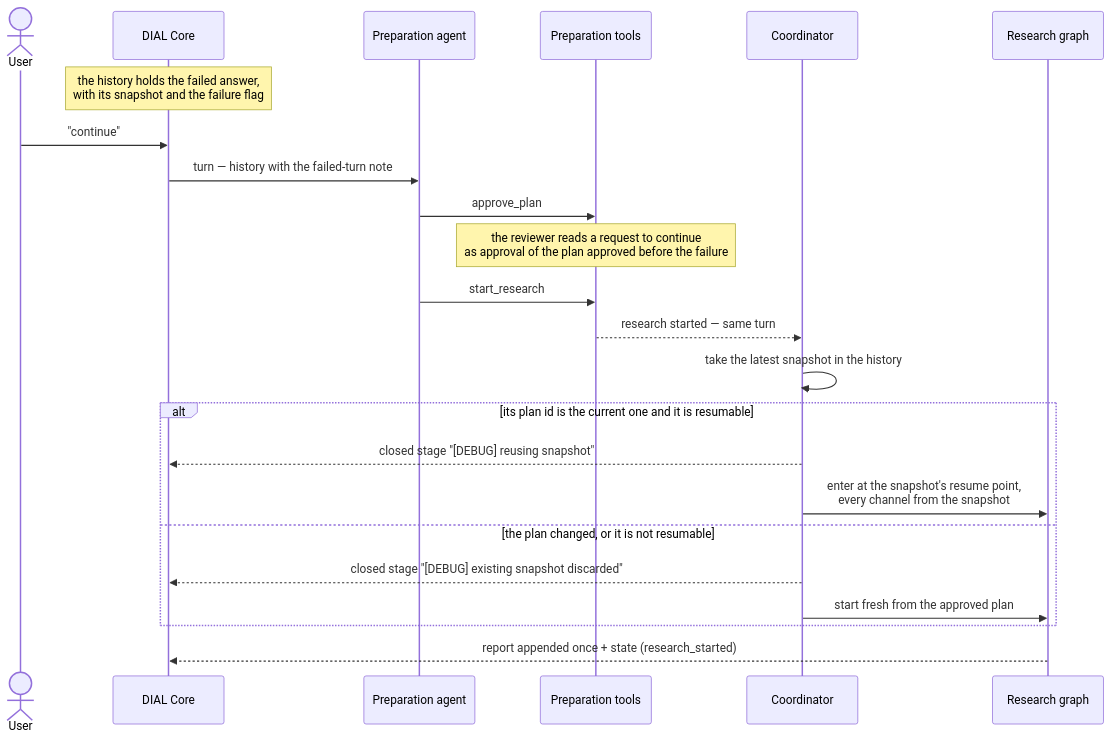
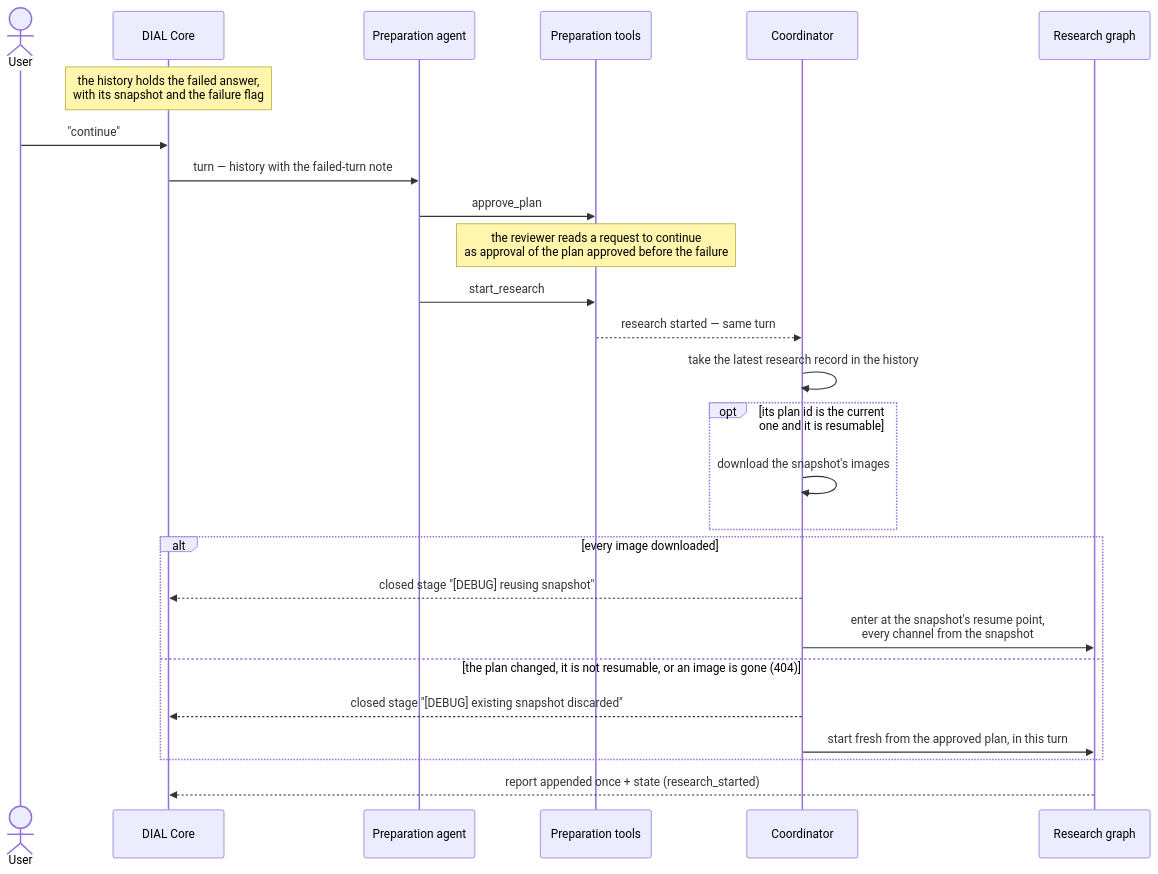
One commit to epam/ai-dial-deep-research-backend changed the fourth of 5 diagrams in docs/architecture.md. Above: the diagram before and after it, drawn with Mermaid. The commit also changed other lines of this file and 50 other files, not shown here.

First line of the commit message:
feat: store each graph's model outputs in a research record and keep preparation apart

````diff
--- a/docs/architecture.md
+++ b/docs/architecture.md
@@ -224,26 +242,29 @@
 ```mermaid
 sequenceDiagram
     actor U as User
     participant C as DIAL Core
     participant A as Preparation agent
     participant T as Preparation tools
     participant K as Coordinator
     participant G as Research graph
 
     Note over C: the history holds the failed answer,<br/>with its snapshot and the failure flag
     U->>C: "continue"
     C->>A: turn — history with the failed-turn note
     A->>T: approve_plan
     Note over T: the reviewer reads a request to continue<br/>as approval of the plan approved before the failure
     A->>T: start_research
     T-->>K: research started — same turn
-    K->>K: take the latest snapshot in the history
-    alt its plan id is the current one and it is resumable
+    K->>K: take the latest research record in the history
+    opt its plan id is the current one and it is resumable
+        K->>K: download the snapshot's images
+    end
+    alt every image downloaded
         K-->>C: closed stage "[DEBUG] reusing snapshot"
         K->>G: enter at the snapshot's resume point,<br/>every channel from the snapshot
-    else the plan changed, or it is not resumable
+    else the plan changed, it is not resumable, or an image is gone (404)
         K-->>C: closed stage "[DEBUG] existing snapshot discarded"
-        K->>G: start fresh from the approved plan
+        K->>G: start fresh from the approved plan, in this turn
     end
     G-->>C: report appended once + state (research_started)
 ```
````
